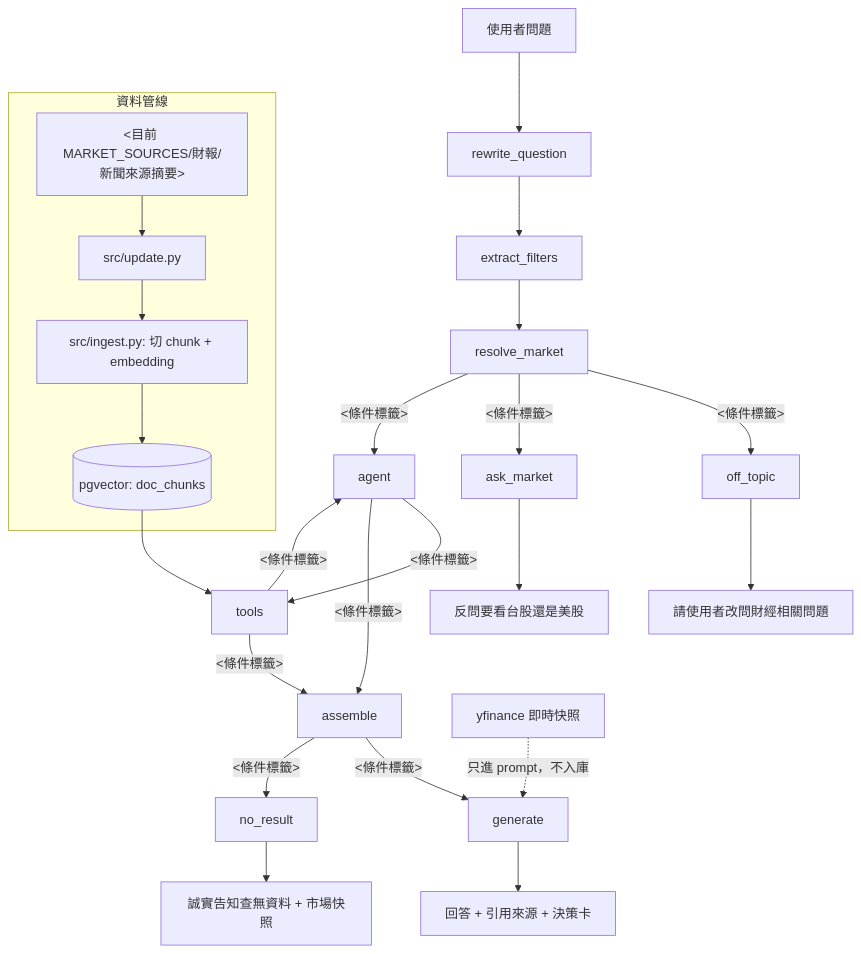
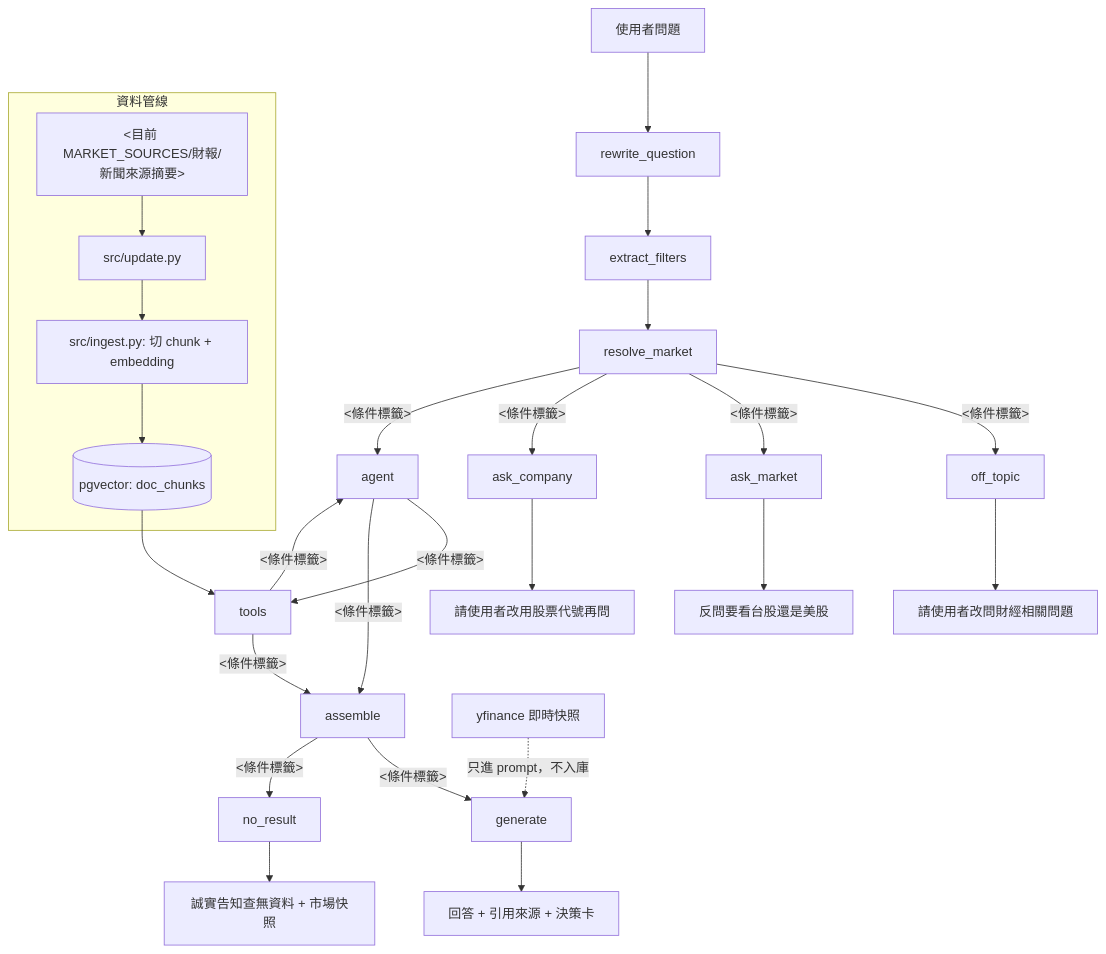
Before and after one commit to thelilywang/finance-ai-assistant: the diagram in .claude/skills/sync-graph-diagram/SKILL.md, drawn with Mermaid. The commit also changed 4 other files, not shown here.

First line of the commit message:
docs: fix README quick start, sync graph diagrams, record 11-02 tests (#14)

````diff
--- a/.claude/skills/sync-graph-diagram/SKILL.md
+++ b/.claude/skills/sync-graph-diagram/SKILL.md
@@ -46,27 +46,29 @@
 ```mermaid
 flowchart TD
     U[使用者問題] --> RW[rewrite_question]
     RW --> EF[extract_filters]
     EF --> RM[resolve_market]
     RM -->|<條件標籤>| OT[off_topic]
     RM -->|<條件標籤>| AM[ask_market]
+    RM -->|<條件標籤>| AC[ask_company]
     RM -->|<條件標籤>| AG[agent]
     AG -->|<條件標籤>| TL[tools]
     AG -->|<條件標籤>| AS[assemble]
     TL -->|<條件標籤>| AS
     TL -->|<條件標籤>| AG
     AS -->|<條件標籤>| GEN[generate]
     AS -->|<條件標籤>| NR[no_result]
     GEN --> A[回答 + 引用來源 + 決策卡]
     NR --> B[誠實告知查無資料 + 市場快照]
     OT --> C[請使用者改問財經相關問題]
     AM --> D[反問要看台股還是美股]
+    AC --> E[請使用者改用股票代號再問]
 
     subgraph 資料管線
         SRC[<目前 MARKET_SOURCES/財報/新聞來源摘要>] --> UP[src/update.py]
         UP --> ING[src/ingest.py: 切 chunk + embedding]
         ING --> PG[(pgvector: doc_chunks)]
     end
     PG --> TL
     YF[yfinance 即時快照] -.只進 prompt，不入庫.-> GEN
 ```
````
